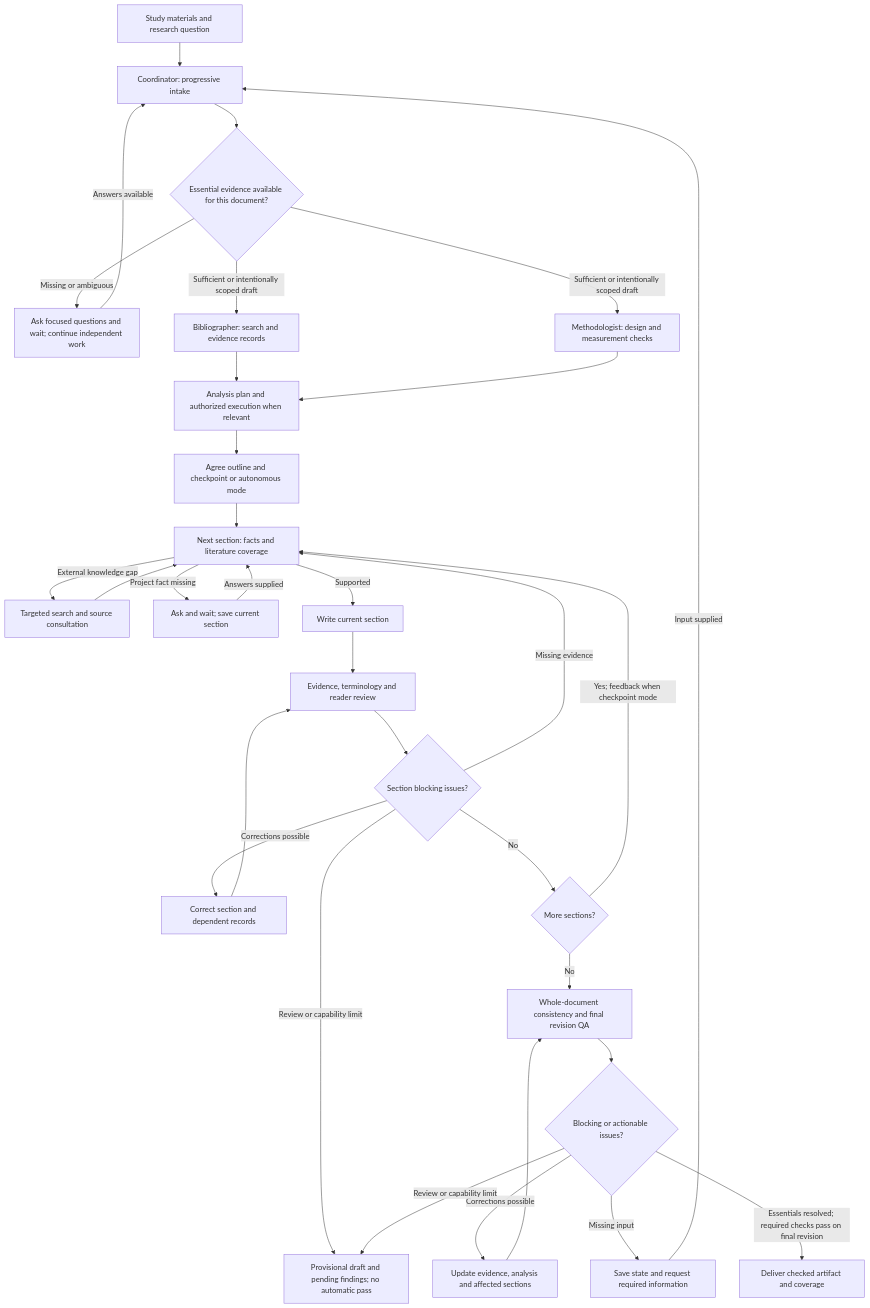
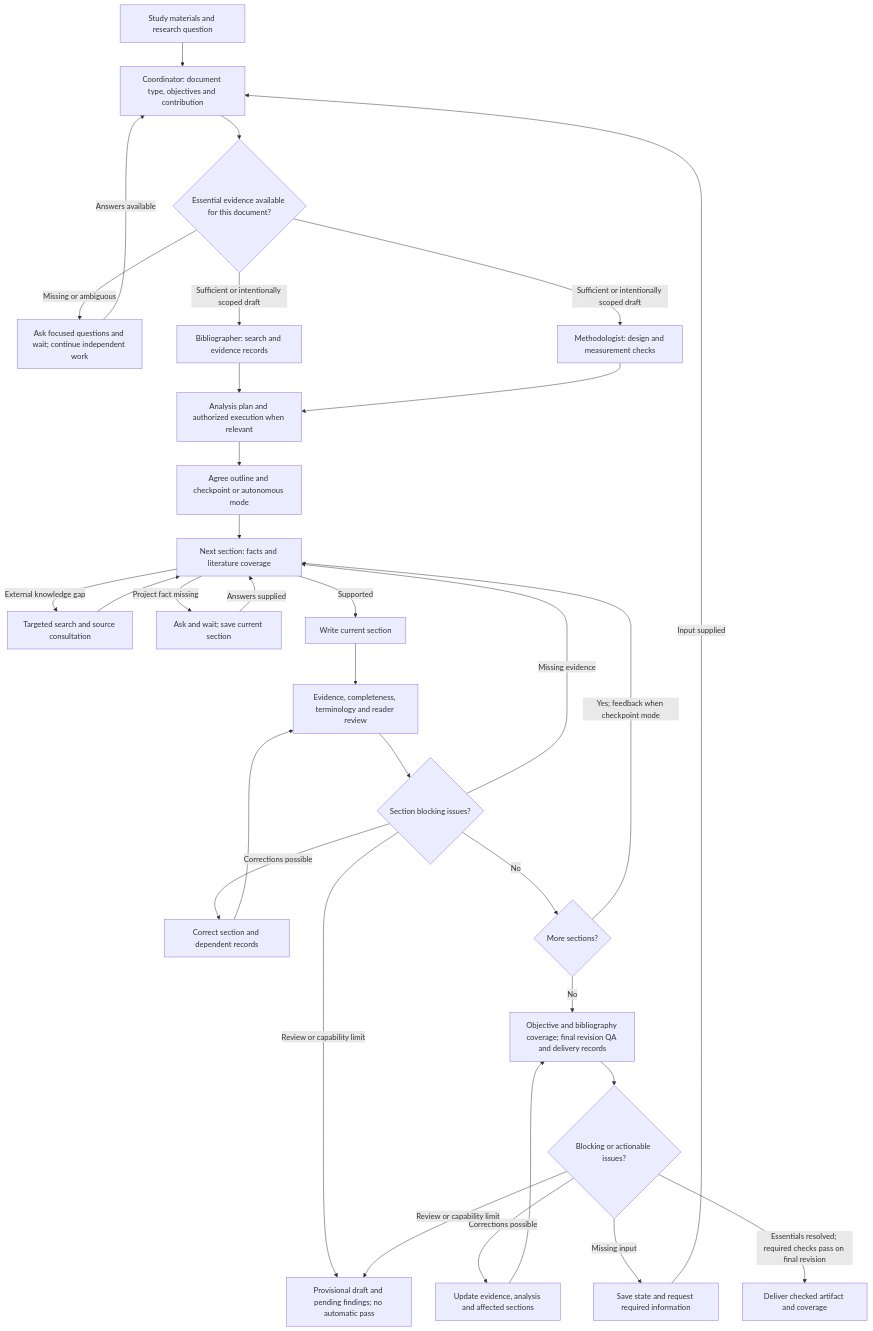
The first of 9 diagrams in docs/WORKFLOW_GUIDE.md (vage88sg1/agentic-research-workflows), drawn with Mermaid before and after one commit. The commit also changed other lines of this file and 28 other files, not shown here.

Commit message:
Strengthen objective and bibliography coverage and validate delivery records

````diff
--- a/docs/WORKFLOW_GUIDE.md
+++ b/docs/WORKFLOW_GUIDE.md
@@ -125,34 +125,34 @@
 ```mermaid
 flowchart TD
-  A[Study materials and research question] --> B[Coordinator: progressive intake]
+  A[Study materials and research question] --> B[Coordinator: document type, objectives and contribution]
   B --> S{Essential evidence available for this document?}
   S -->|Missing or ambiguous| Q[Ask focused questions and wait; continue independent work]
   Q -->|Answers available| B
   S -->|Sufficient or intentionally scoped draft| C[Bibliographer: search and evidence records]
   S -->|Sufficient or intentionally scoped draft| D[Methodologist: design and measurement checks]
   C --> E[Analysis plan and authorized execution when relevant]
   D --> E
   E --> F[Agree outline and checkpoint or autonomous mode]
   F --> L[Next section: facts and literature coverage]
   L -->|External knowledge gap| LS[Targeted search and source consultation]
   LS --> L
   L -->|Project fact missing| LQ[Ask and wait; save current section]
   LQ -->|Answers supplied| L
   L -->|Supported| W[Write current section]
-  W --> G[Evidence, terminology and reader review]
+  W --> G[Evidence, completeness, terminology and reader review]
   G --> T{Section blocking issues?}
   T -->|Corrections possible| R[Correct section and dependent records]
   R --> G
   T -->|Missing evidence| L
   T -->|Review or capability limit| P[Provisional draft and pending findings; no automatic pass]
   T -->|No| U{More sections?}
   U -->|Yes; feedback when checkpoint mode| L
-  U -->|No| V[Whole-document consistency and final revision QA]
+  U -->|No| V[Objective and bibliography coverage; final revision QA and delivery records]
   V --> H{Blocking or actionable issues?}
   H -->|Corrections possible| I[Update evidence, analysis and affected sections]
   I --> V
   H -->|Missing input| J[Save state and request required information]
   J -->|Input supplied| B
   H -->|Essentials resolved; required checks pass on final revision| K[Deliver checked artifact and coverage]
   H -->|Review or capability limit| P
 ```
````
